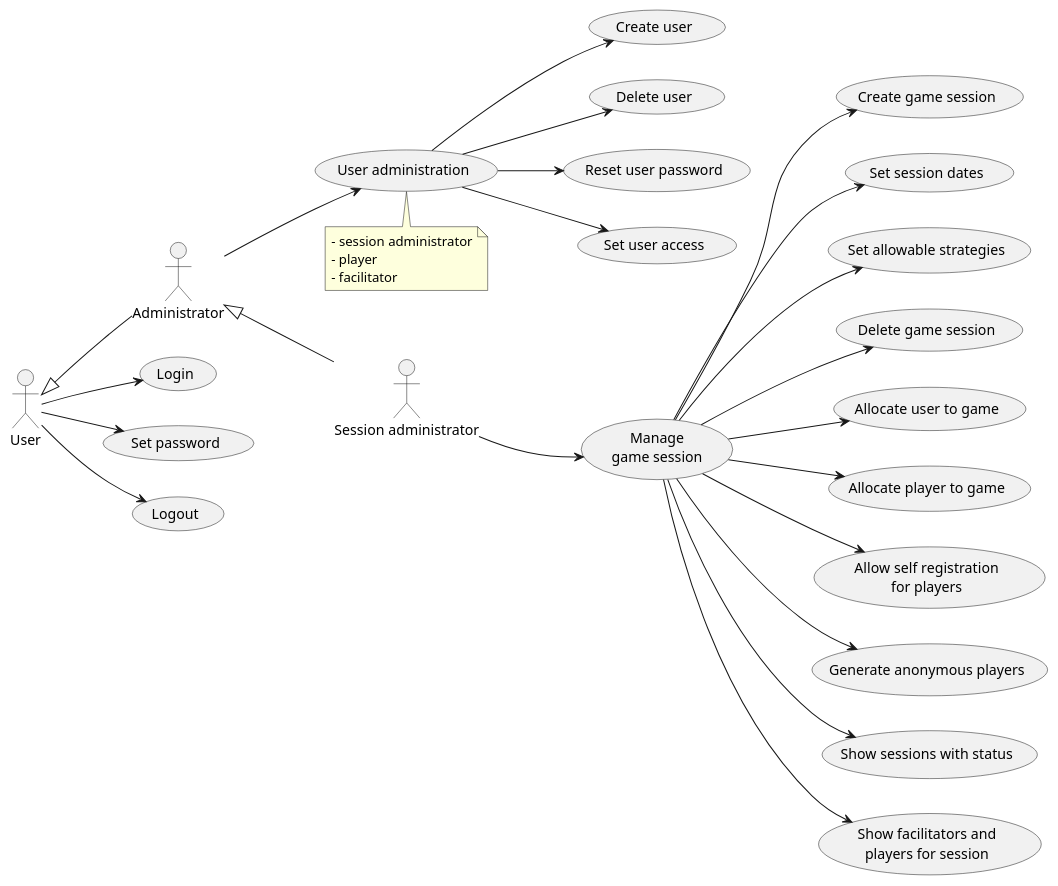
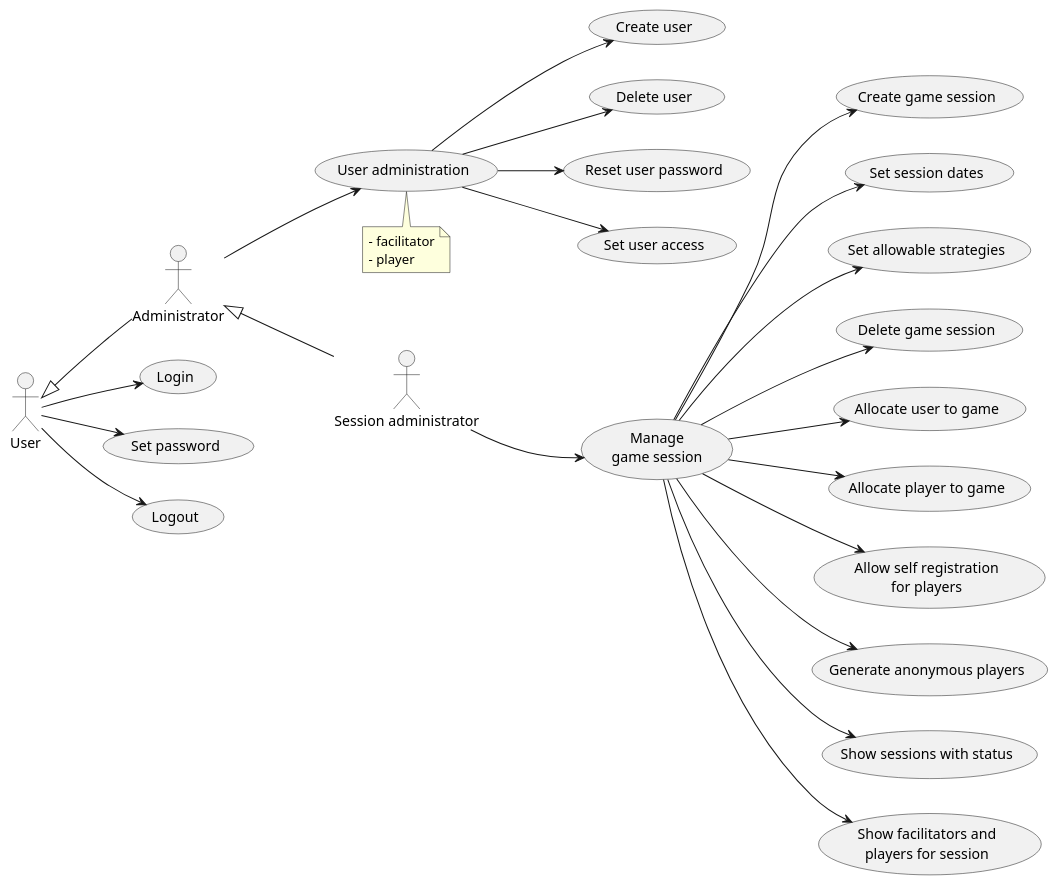
Before and after one commit to averbraeck/gscg-design: the diagram in doc/2-use-cases/diagrams/session-administration.puml, drawn with PlantUML.

Commit message:
Issue #24. Flip facilitator and player in session admin role explanation

```diff
--- a/doc/2-use-cases/diagrams/session-administration.puml
+++ b/doc/2-use-cases/diagrams/session-administration.puml
@@ -1,37 +1,36 @@
 @startuml
 left to right direction
  
 "Session administrator" as SA
 User <|-- Administrator
 Administrator <|-- SA
 
 User --> (Login)
 User --> (Set password)
 User --> (Logout)
 
 Administrator --> (User administration)
 note bottom
-  - session administrator
+  - facilitator
   - player
-  - facilitator
 end note
 
 (User administration) --> (Create user)
 (User administration) --> (Delete user)
 (User administration) --> (Reset user password)
 (User administration) --> (Set user access)
 
 "Manage\ngame session" as (Manage)
 SA --> Manage : "\n\n\n\n\n\n\n\n\n\n"
 Manage --> (Create game session)
 Manage --> (Set session dates)
 Manage --> (Set allowable strategies)
 Manage --> (Delete game session)
 Manage --> (Allocate user to game)
 Manage --> (Allocate player to game)
 Manage --> (Allow self registration\nfor players)
 Manage --> (Generate anonymous players)
 Manage --> (Show sessions with status)
 Manage --> (Show facilitators and\nplayers for session)
 
 @enduml
```
